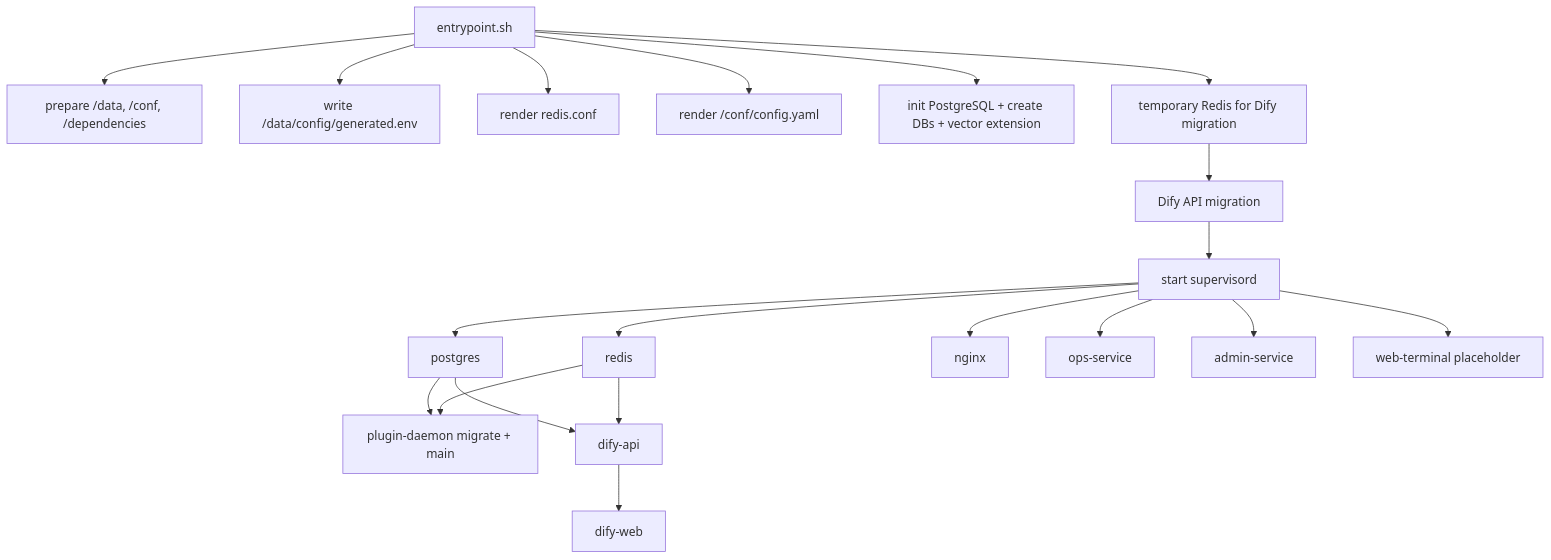
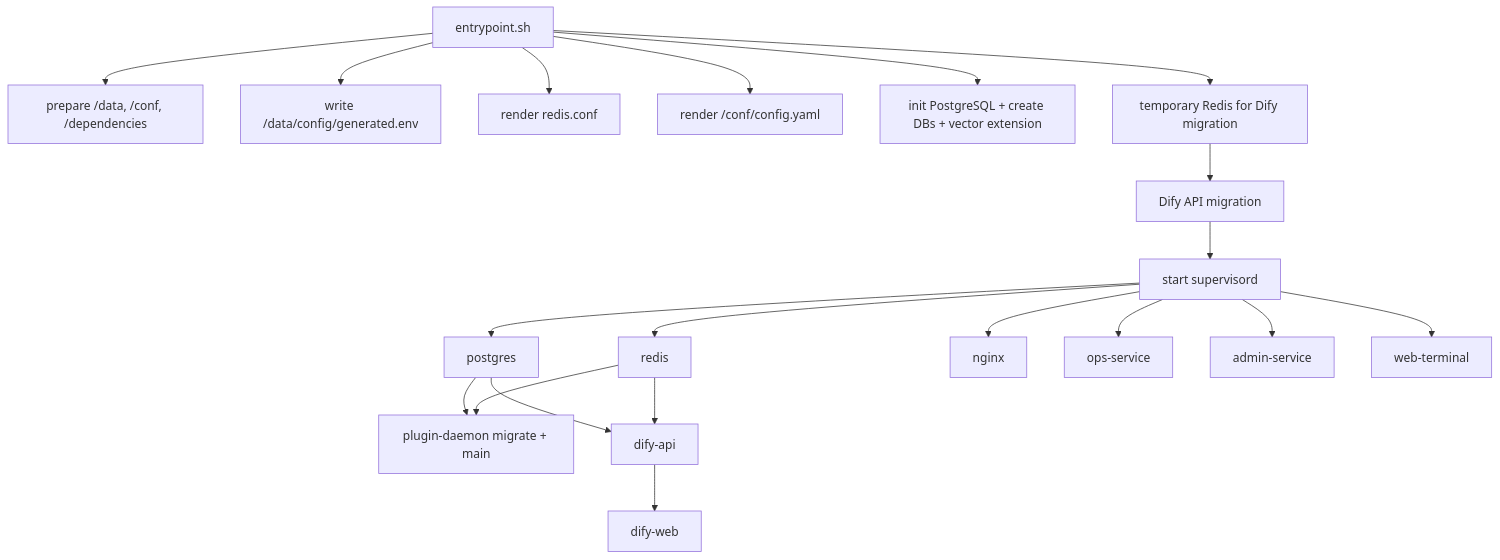
One commit to BlueSkyXN/Dify-all-in-one-HFS changed the third of 3 diagrams in docs/architecture.md. Above: the diagram before and after it, drawn with Mermaid. The commit also changed other lines of this file and 23 other files, not shown here.

````diff
--- a/docs/architecture.md
+++ b/docs/architecture.md
@@ -114,22 +114,22 @@
 ```mermaid
 flowchart TD
     entry["entrypoint.sh"] --> dirs["prepare /data, /conf, /dependencies"]
     entry --> secrets["write /data/config/generated.env"]
     entry --> redis_conf["render redis.conf"]
     entry --> sandbox_conf["render /conf/config.yaml"]
     entry --> pg_init["init PostgreSQL + create DBs + vector extension"]
     entry --> temp_redis["temporary Redis for Dify migration"]
     temp_redis --> dify_migrate["Dify API migration"]
     dify_migrate --> supervisor["start supervisord"]
     supervisor --> postgres["postgres"]
     supervisor --> redis["redis"]
     postgres --> plugin["plugin-daemon migrate + main"]
     redis --> plugin
     postgres --> api["dify-api"]
     redis --> api
     api --> web["dify-web"]
     supervisor --> nginx["nginx"]
     supervisor --> ops["ops-service"]
     supervisor --> admin["admin-service"]
-    supervisor --> terminal["web-terminal placeholder"]
+    supervisor --> terminal["web-terminal"]
 ```
````
